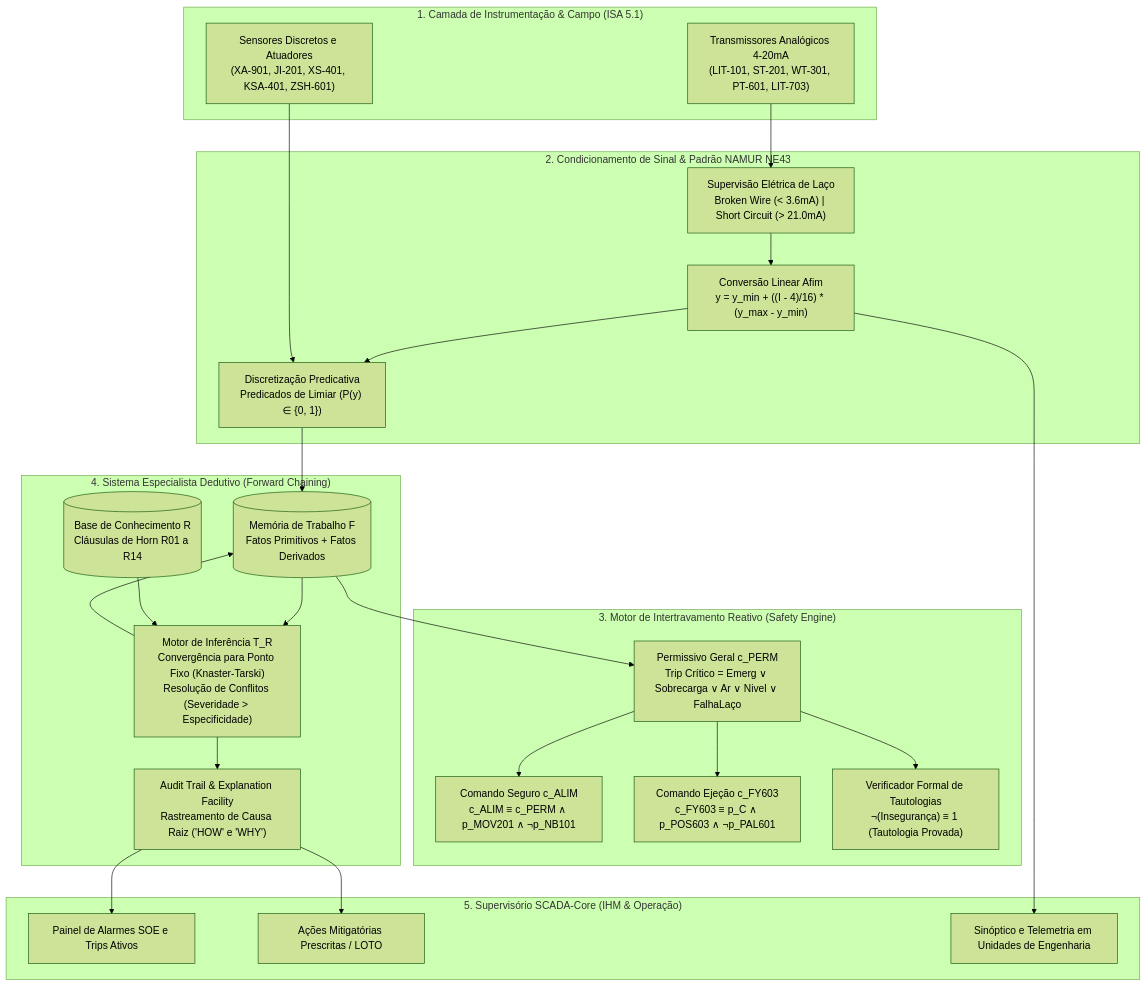
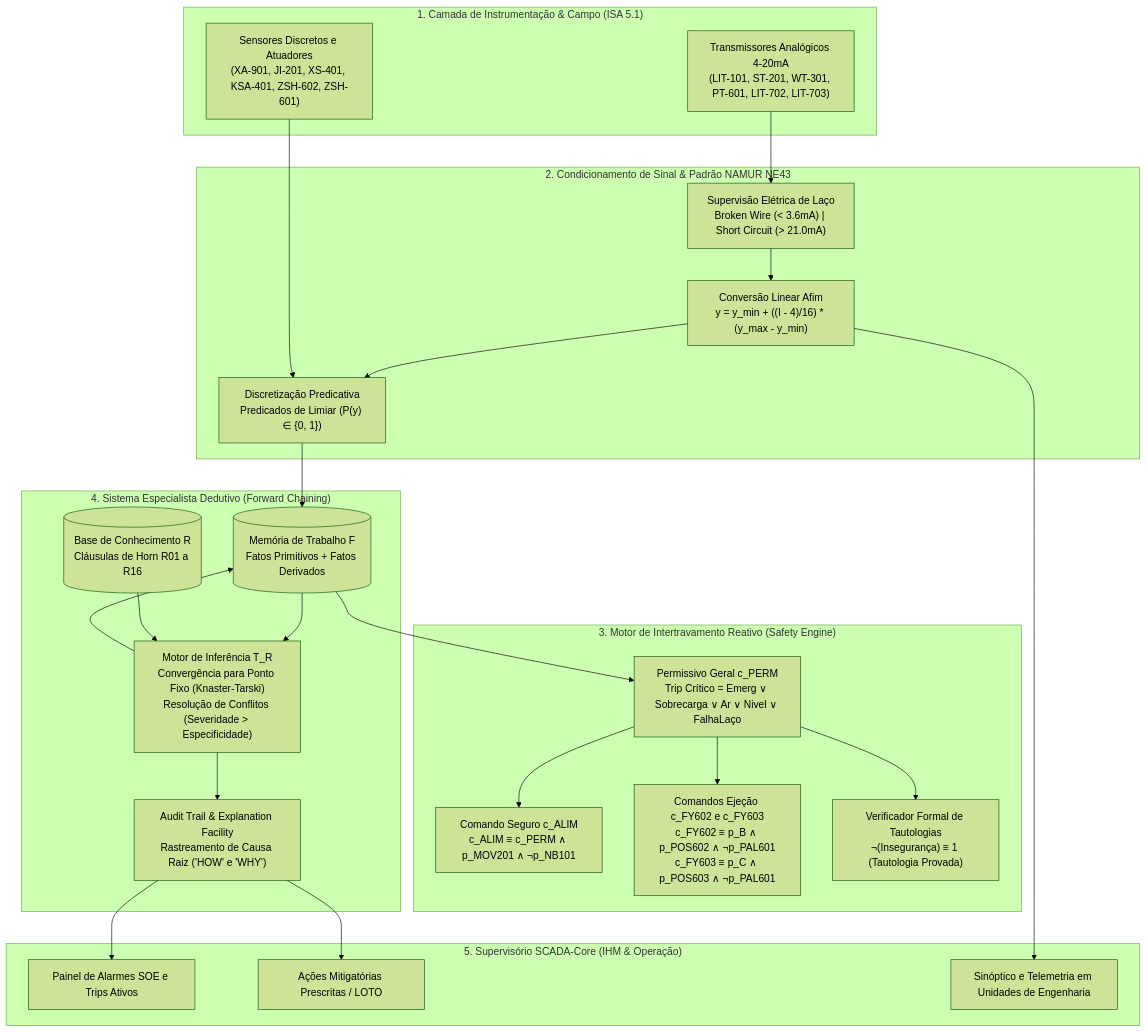
Before and after one commit to felipeconradovidal/SCADA-Core_Automatica_GRUPO4: the diagram in etapa-01-logica/10 - Avaliacao Modulo 1 Motor de Intertravamento e Diagnostico.md, drawn with Mermaid (forest theme). The commit also changed other lines of this file and 18 other files, not shown here.

````diff
--- a/etapa-01-logica/10 - Avaliacao Modulo 1 Motor de Intertravamento e Diagnostico.md
+++ b/etapa-01-logica/10 - Avaliacao Modulo 1 Motor de Intertravamento e Diagnostico.md
@@ -19,50 +19,50 @@
 ```mermaid
 flowchart TD
     subgraph Campo ["1. Camada de Instrumentação & Campo (ISA 5.1)"]
-        S_AN["Transmissores Analógicos 4-20mA\n(LIT-101, ST-201, WT-301, PT-601, LIT-703)"]
-        S_DIG["Sensores Discretos e Atuadores\n(XA-901, JI-201, XS-401, KSA-401, ZSH-601)"]
+        S_AN["Transmissores Analógicos 4-20mA\n(LIT-101, ST-201, WT-301, PT-601, LIT-702, LIT-703)"]
+        S_DIG["Sensores Discretos e Atuadores\n(XA-901, JI-201, XS-401, KSA-401, ZSH-602, ZSH-601)"]
     end
 
     subgraph Condicionamento ["2. Condicionamento de Sinal & Padrão NAMUR NE43"]
         NAMUR["Supervisão Elétrica de Laço\nBroken Wire (< 3.6mA) | Short Circuit (> 21.0mA)"]
         CONV["Conversão Linear Afim\ny = y_min + ((I - 4)/16) * (y_max - y_min)"]
         DISC["Discretização Predicativa\nPredicados de Limiar (P(y) ∈ {0, 1})"]
     end
 
     subgraph Intertravamento ["3. Motor de Intertravamento Reativo (Safety Engine)"]
         PERM["Permissivo Geral c_PERM\nTrip Crítico = Emerg ∨ Sobrecarga ∨ Ar ∨ Nivel ∨ FalhaLaço"]
         ALIM["Comando Seguro c_ALIM\nc_ALIM ≡ c_PERM ∧ p_MOV201 ∧ ¬p_NB101"]
-        EJET["Comando Ejeção c_FY603\nc_FY603 ≡ p_C ∧ p_POS603 ∧ ¬p_PAL601"]
+        EJET["Comandos Ejeção c_FY602 e c_FY603\nc_FY602 ≡ p_B ∧ p_POS602 ∧ ¬p_PAL601\nc_FY603 ≡ p_C ∧ p_POS603 ∧ ¬p_PAL601"]
         PROOFS["Verificador Formal de Tautologias\n¬(Insegurança) ≡ 1 (Tautologia Provada)"]
     end
 
     subgraph Especialista ["4. Sistema Especialista Dedutivo (Forward Chaining)"]
         WM[("Memória de Trabalho F\nFatos Primitivos + Fatos Derivados")]
-        KB[("Base de Conhecimento R\nCláusulas de Horn R01 a R14")]
+        KB[("Base de Conhecimento R\nCláusulas de Horn R01 a R16")]
         ENGINE["Motor de Inferência T_R\nConvergência para Ponto Fixo (Knaster-Tarski)\nResolução de Conflitos (Severidade > Especificidade)"]
         AUDIT["Audit Trail & Explanation Facility\nRastreamento de Causa Raiz ('HOW' e 'WHY')"]
     end
 
     subgraph SCADA ["5. Supervisório SCADA-Core (IHM & Operação)"]
         IHM_ALARM["Painel de Alarmes SOE e Trips Ativos"]
         IHM_LOTO["Ações Mitigatórias Prescritas / LOTO"]
         IHM_STATUS["Sinóptico e Telemetria em Unidades de Engenharia"]
     end
 
     S_AN --> NAMUR
     NAMUR --> CONV
     CONV --> DISC
     S_DIG --> DISC
     DISC --> WM
     WM --> PERM
     PERM --> ALIM
     PERM --> EJET
     PERM --> PROOFS
     WM --> ENGINE
     KB --> ENGINE
     ENGINE --> WM
     ENGINE --> AUDIT
     AUDIT --> IHM_ALARM
     AUDIT --> IHM_LOTO
     CONV --> IHM_STATUS
 ```
````
